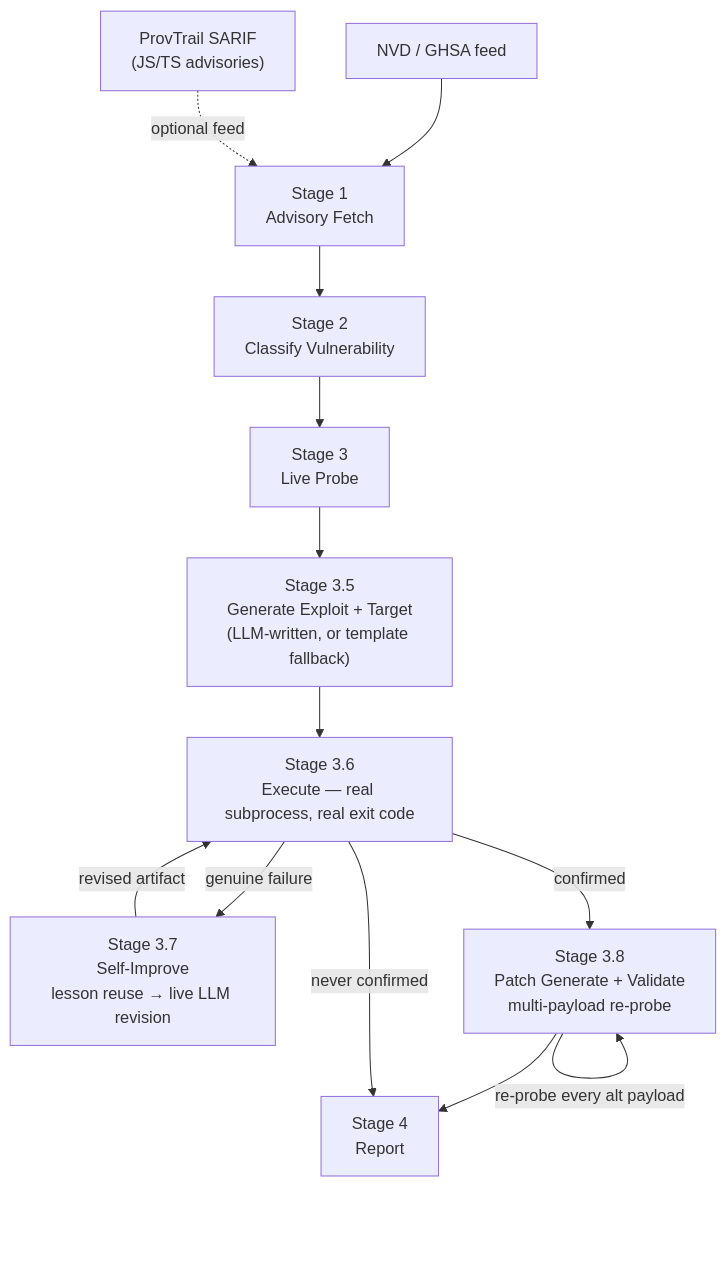
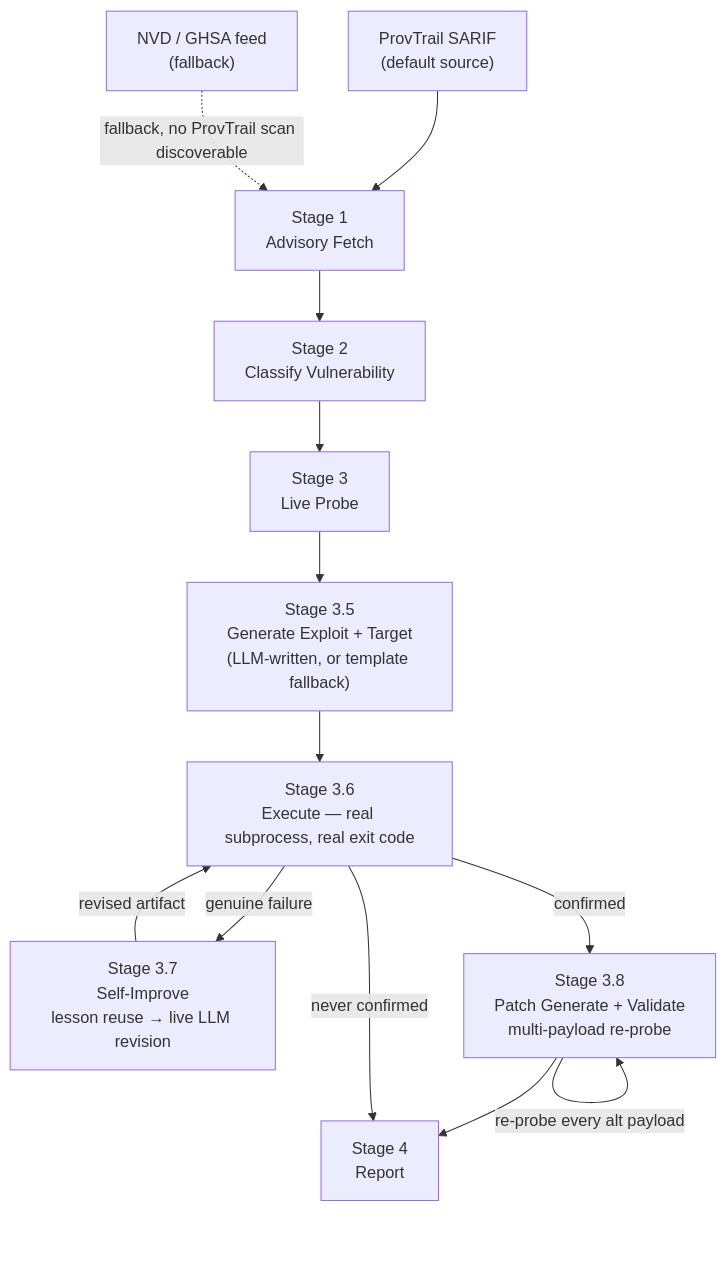
One commit to J-Dheeraj/Final-Year-Project changed the first of 2 diagrams in README.md. Above: the diagram before and after it, drawn with Mermaid. The commit also changed other lines of this file and 4 other files, not shown here.

````diff
--- a/README.md
+++ b/README.md
@@ -33,23 +33,23 @@
 ```mermaid
 flowchart TD
-    NVD["NVD / GHSA feed"]
-    PT["ProvTrail SARIF<br/>(JS/TS advisories)"]
+    NVD["NVD / GHSA feed<br/>(fallback)"]
+    PT["ProvTrail SARIF<br/>(default source)"]
     S1["Stage 1<br/>Advisory Fetch"]
     S2["Stage 2<br/>Classify Vulnerability"]
     S3["Stage 3<br/>Live Probe"]
     S35["Stage 3.5<br/>Generate Exploit + Target<br/>(LLM-written, or template fallback)"]
     S36["Stage 3.6<br/>Execute — real subprocess, real exit code"]
     S37["Stage 3.7<br/>Self-Improve<br/>lesson reuse → live LLM revision"]
     S38["Stage 3.8<br/>Patch Generate + Validate<br/>multi-payload re-probe"]
     S4["Stage 4<br/>Report"]
 
-    NVD --> S1
-    PT -.optional feed.-> S1
+    PT --> S1
+    NVD -.fallback, no ProvTrail scan discoverable.-> S1
     S1 --> S2 --> S3 --> S35 --> S36
     S36 -- confirmed --> S38
     S36 -- genuine failure --> S37
     S37 -- revised artifact --> S36
     S38 -- re-probe every alt payload --> S38
     S38 --> S4
     S36 -- never confirmed --> S4
 ```
````
